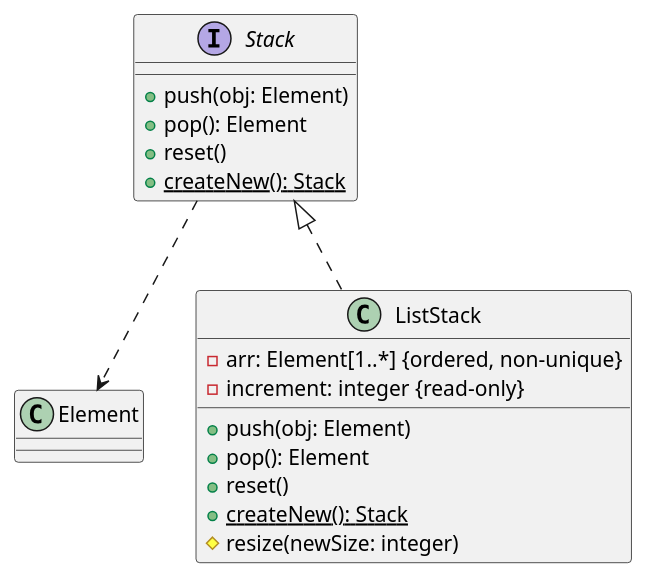
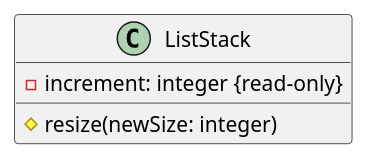
One commit to fanglores/Advanced-Software-Design changed the diagram in Task_4/1/1e.puml. Above: the diagram before and after it, drawn with PlantUML. The commit also changed 3 other files, not shown here.

```diff
--- a/Task_4/1/1e.puml
+++ b/Task_4/1/1e.puml
@@ -1,26 +1,8 @@
 @startuml
 
-interface Stack {
-  + push(obj: Element)
-  + pop(): Element
-  + reset()
-  {static} + createNew(): Stack
-}
-
-class Element {
-}
-
 class ListStack {
-  + push(obj: Element)
-  + pop(): Element
-  + reset()
-  {static} + createNew(): Stack
-  - arr: Element[1..*] {ordered, non-unique}
   - increment: integer {read-only}
   # resize(newSize: integer)
 }
 
-Stack <|.. ListStack
-Stack ..> Element
-
 @enduml
```
